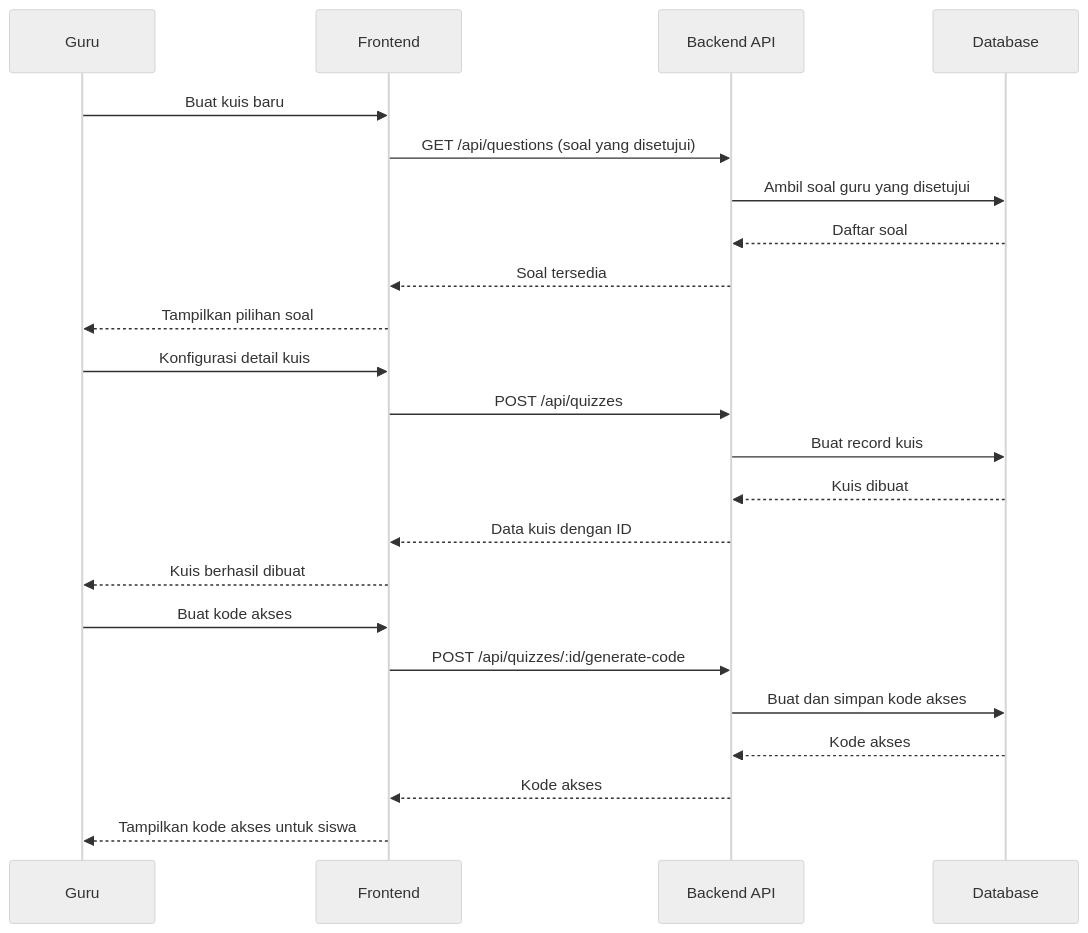
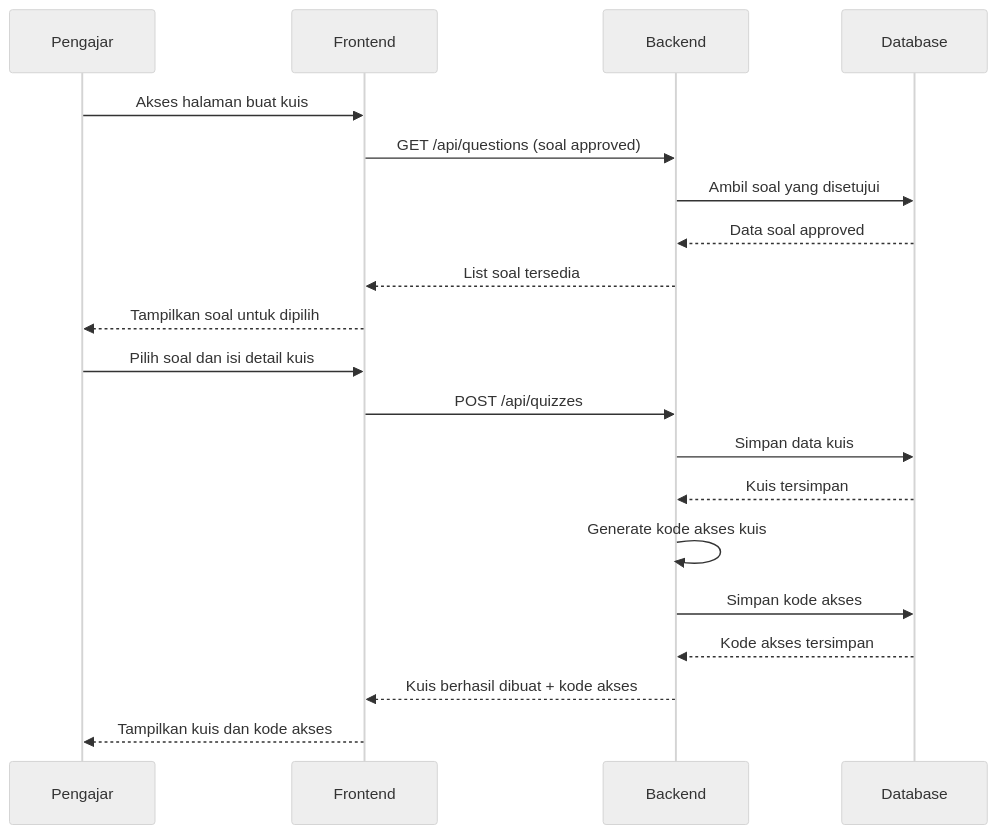
One commit to jonito2005/exam-expert-ai-docs changed the seventh of 10 diagrams in sequence-diagrams.md. Above: the diagram before and after it, drawn with Mermaid (neutral theme). The commit also changed other lines of this file, not shown here.

````diff
--- a/sequence-diagrams.md
+++ b/sequence-diagrams.md
@@ -141,28 +181,23 @@
 ```mermaid
 sequenceDiagram
-    participant T as Guru
-    participant F as Frontend
-    participant API as Backend API
-    participant DB as Database
+    participant Pengajar
+    participant Frontend
+    participant Backend
+    participant Database
 
-    T->>F: Buat kuis baru
-    F->>API: GET /api/questions (soal yang disetujui)
-    API->>DB: Ambil soal guru yang disetujui
-    DB-->>API: Daftar soal
-    API-->>F: Soal tersedia
-    F-->>T: Tampilkan pilihan soal
-
-    T->>F: Konfigurasi detail kuis
-    F->>API: POST /api/quizzes
-    API->>DB: Buat record kuis
-    DB-->>API: Kuis dibuat
-    API-->>F: Data kuis dengan ID
-    F-->>T: Kuis berhasil dibuat
-
-    T->>F: Buat kode akses
-    F->>API: POST /api/quizzes/:id/generate-code
-    API->>DB: Buat dan simpan kode akses
-    DB-->>API: Kode akses
-    API-->>F: Kode akses
-    F-->>T: Tampilkan kode akses untuk siswa
+    Pengajar->>Frontend: Akses halaman buat kuis
+    Frontend->>Backend: GET /api/questions (soal approved)
+    Backend->>Database: Ambil soal yang disetujui
+    Database-->>Backend: Data soal approved
+    Backend-->>Frontend: List soal tersedia
+    Frontend-->>Pengajar: Tampilkan soal untuk dipilih
+    Pengajar->>Frontend: Pilih soal dan isi detail kuis
+    Frontend->>Backend: POST /api/quizzes
+    Backend->>Database: Simpan data kuis
+    Database-->>Backend: Kuis tersimpan
+    Backend->>Backend: Generate kode akses kuis
+    Backend->>Database: Simpan kode akses
+    Database-->>Backend: Kode akses tersimpan
+    Backend-->>Frontend: Kuis berhasil dibuat + kode akses
+    Frontend-->>Pengajar: Tampilkan kuis dan kode akses
 ```
````
